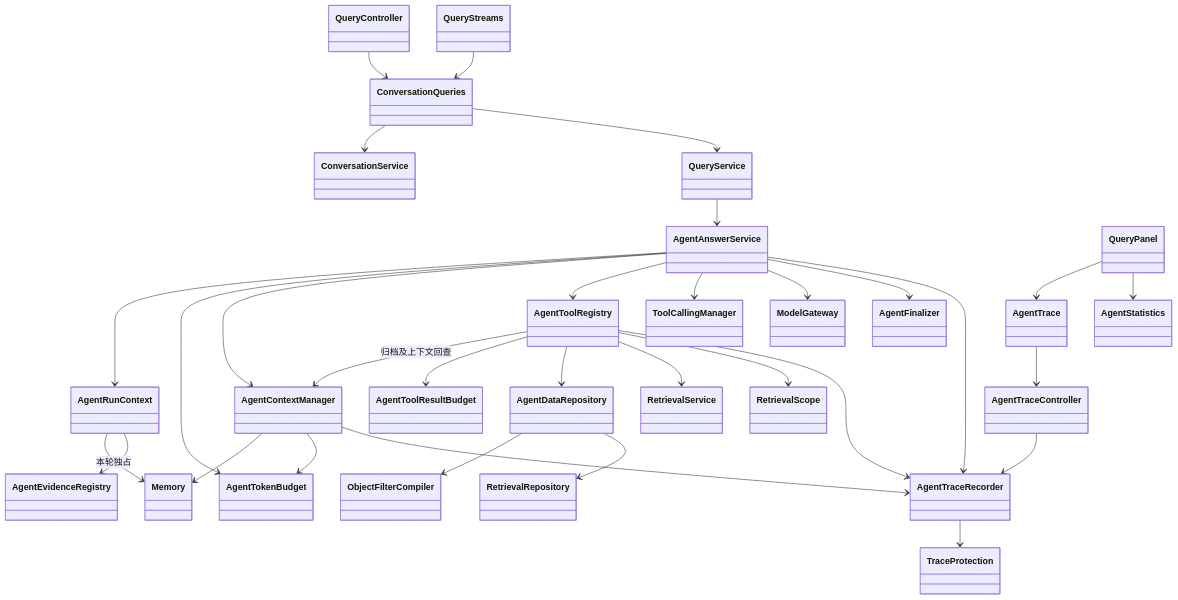
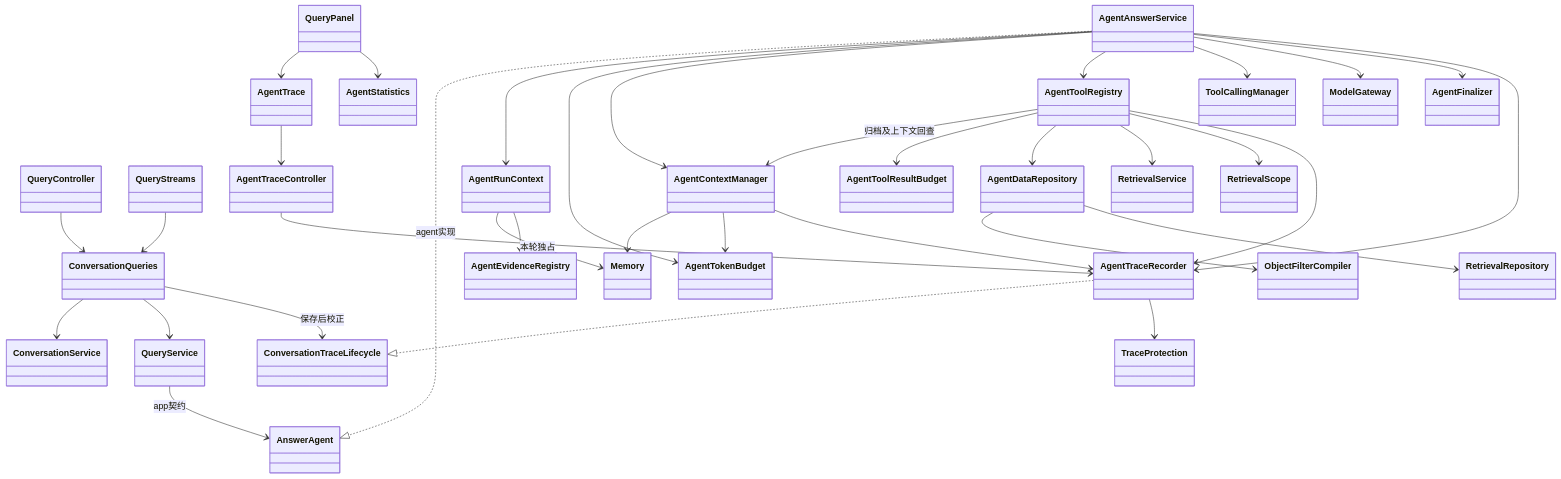
Before and after one commit to czhcc/TjLightRAG: the first of 2 diagrams in docs/智能实现.md, drawn with Mermaid. The commit also changed other lines of this file and 35 other files, not shown here.

````diff
--- a/docs/智能实现.md
+++ b/docs/智能实现.md
@@ -31,34 +41,37 @@
 ```mermaid
 classDiagram
     QueryController --> ConversationQueries
     QueryStreams --> ConversationQueries
     ConversationQueries --> ConversationService
     ConversationQueries --> QueryService
-    QueryService --> AgentAnswerService
+    QueryService --> AnswerAgent : app契约
+    AgentAnswerService ..|> AnswerAgent : agent实现
+    ConversationQueries --> ConversationTraceLifecycle : 保存后校正
+    AgentTraceRecorder ..|> ConversationTraceLifecycle
     AgentAnswerService --> AgentRunContext
     AgentAnswerService --> AgentTokenBudget
     AgentAnswerService --> AgentContextManager
     AgentRunContext --> Memory : 本轮独占
     AgentContextManager --> Memory
     AgentContextManager --> AgentTokenBudget
     AgentContextManager --> AgentTraceRecorder
     AgentToolRegistry --> AgentContextManager : 归档及上下文回查
     AgentToolRegistry --> AgentToolResultBudget
     AgentAnswerService --> AgentToolRegistry
     AgentAnswerService --> ToolCallingManager
     AgentAnswerService --> ModelGateway
     AgentAnswerService --> AgentFinalizer
     AgentRunContext --> AgentEvidenceRegistry
     AgentToolRegistry --> AgentDataRepository
     AgentToolRegistry --> RetrievalService
     AgentToolRegistry --> RetrievalScope
     AgentDataRepository --> ObjectFilterCompiler
     AgentDataRepository --> RetrievalRepository
     AgentAnswerService --> AgentTraceRecorder
     AgentToolRegistry --> AgentTraceRecorder
     AgentTraceController --> AgentTraceRecorder
     AgentTraceRecorder --> TraceProtection
     QueryPanel --> AgentTrace
     QueryPanel --> AgentStatistics
     AgentTrace --> AgentTraceController
 ```
````
